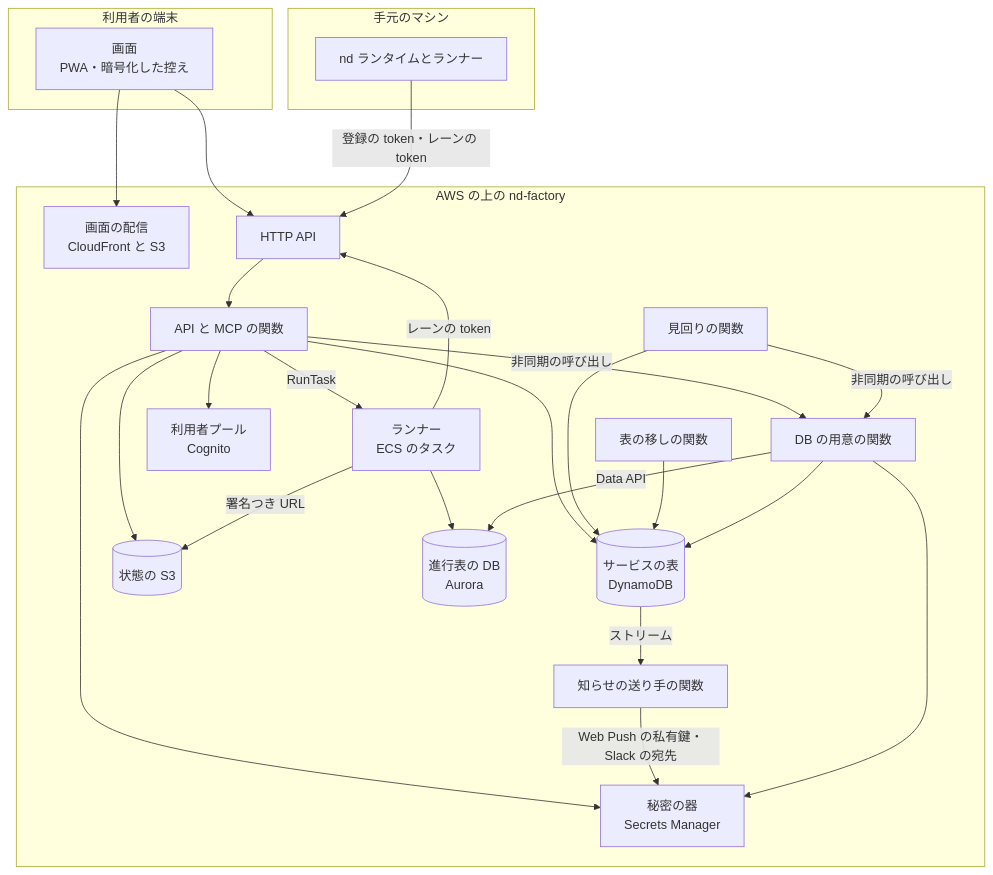
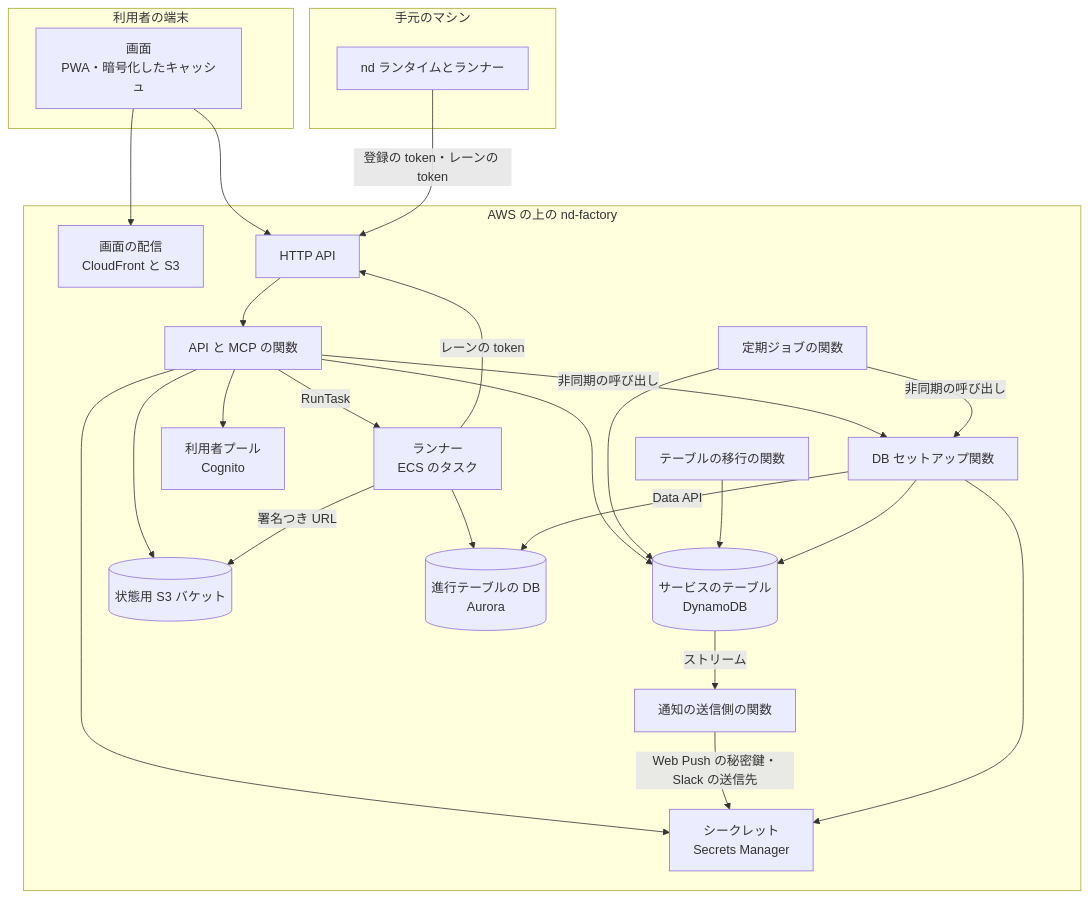
Before and after one commit to devbasex/nd-factory: the second of 3 diagrams in docs/design/platform.md, drawn with Mermaid. The commit also changed other lines of this file and 114 other files, not shown here.

````diff
--- a/docs/design/platform.md
+++ b/docs/design/platform.md
@@ -85,45 +85,45 @@
 ```mermaid
 graph TD
     subgraph DEV[利用者の端末]
-        WEB["画面<br/>PWA・暗号化した控え"]
+        WEB["画面<br/>PWA・暗号化したキャッシュ"]
     end
     subgraph AWS["AWS の上の nd-factory"]
         CDN["画面の配信<br/>CloudFront と S3"]
         HAPI[HTTP API]
         API[API と MCP の関数]
-        PAT[見回りの関数]
-        NTF[知らせの送り手の関数]
-        MIG[表の移しの関数]
-        PREP[DB の用意の関数]
+        PAT[定期ジョブの関数]
+        NTF[通知の送信側の関数]
+        MIG[テーブルの移行の関数]
+        PREP[DB セットアップ関数]
         IDP["利用者プール<br/>Cognito"]
-        DDB[("サービスの表<br/>DynamoDB")]
-        ST[(状態の S3)]
-        SM["秘密の器<br/>Secrets Manager"]
+        DDB[("サービスのテーブル<br/>DynamoDB")]
+        ST[(状態用 S3 バケット)]
+        SM["シークレット<br/>Secrets Manager"]
         RUN["ランナー<br/>ECS のタスク"]
-        PG[("進行表の DB<br/>Aurora")]
+        PG[("進行テーブルの DB<br/>Aurora")]
     end
     subgraph LOCAL[手元のマシン]
         NDR[nd ランタイムとランナー]
     end
     WEB --> CDN
     WEB --> HAPI
     HAPI --> API
     API --> IDP
     API --> DDB
     API --> ST
     API --> SM
     API -->|RunTask| RUN
     API -->|非同期の呼び出し| PREP
     PAT --> DDB
     PAT -->|非同期の呼び出し| PREP
     DDB -->|ストリーム| NTF
-    NTF -->|Web Push の私有鍵・Slack の宛先| SM
+    NTF -->|Web Push の秘密鍵・Slack の送信先| SM
     MIG --> DDB
     RUN -->|レーンの token| HAPI
     RUN --> PG
     RUN -->|署名つき URL| ST
     PREP -->|Data API| PG
     PREP --> SM
     PREP --> DDB
     NDR -->|登録の token・レーンの token| HAPI
 ```
````
